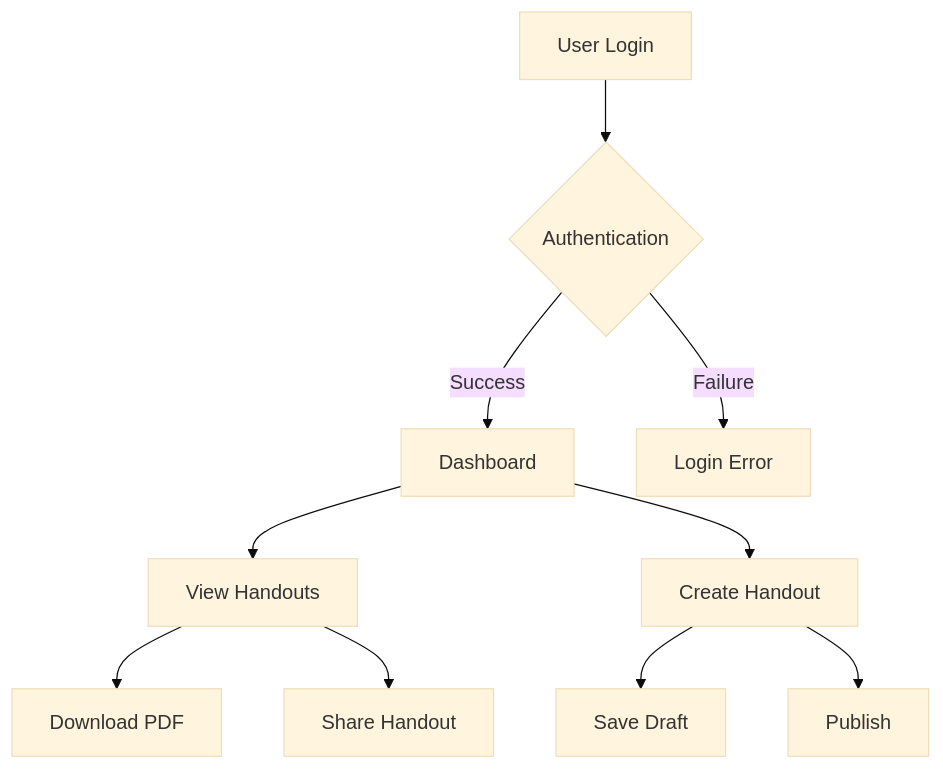
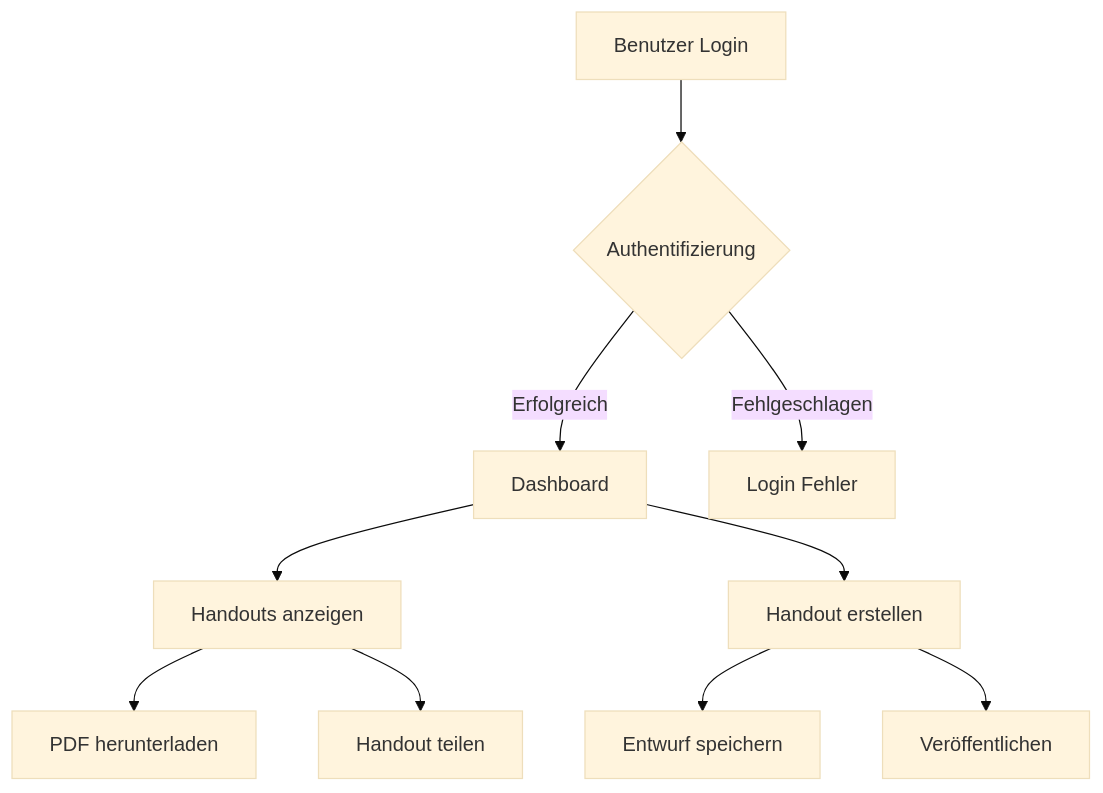
The first of 2 diagrams in README.md (balefulduck/handout), drawn with Mermaid (base theme) before and after one commit. The commit also changed other lines of this file, not shown here.

````diff
--- a/README.md
+++ b/README.md
@@ -8,12 +8,12 @@
 ```mermaid
 graph TD
-    A[User Login] --> B{Authentication}
-    B -->|Success| C[Dashboard]
-    B -->|Failure| D[Login Error]
-    C --> E[View Handouts]
-    C --> F[Create Handout]
-    F --> G[Save Draft]
-    F --> H[Publish]
-    E --> I[Download PDF]
-    E --> J[Share Handout]
+    A[Benutzer Login] --> B{Authentifizierung}
+    B -->|Erfolgreich| C[Dashboard]
+    B -->|Fehlgeschlagen| D[Login Fehler]
+    C --> E[Handouts anzeigen]
+    C --> F[Handout erstellen]
+    F --> G[Entwurf speichern]
+    F --> H[Veröffentlichen]
+    E --> I[PDF herunterladen]
+    E --> J[Handout teilen]
 ```
````
